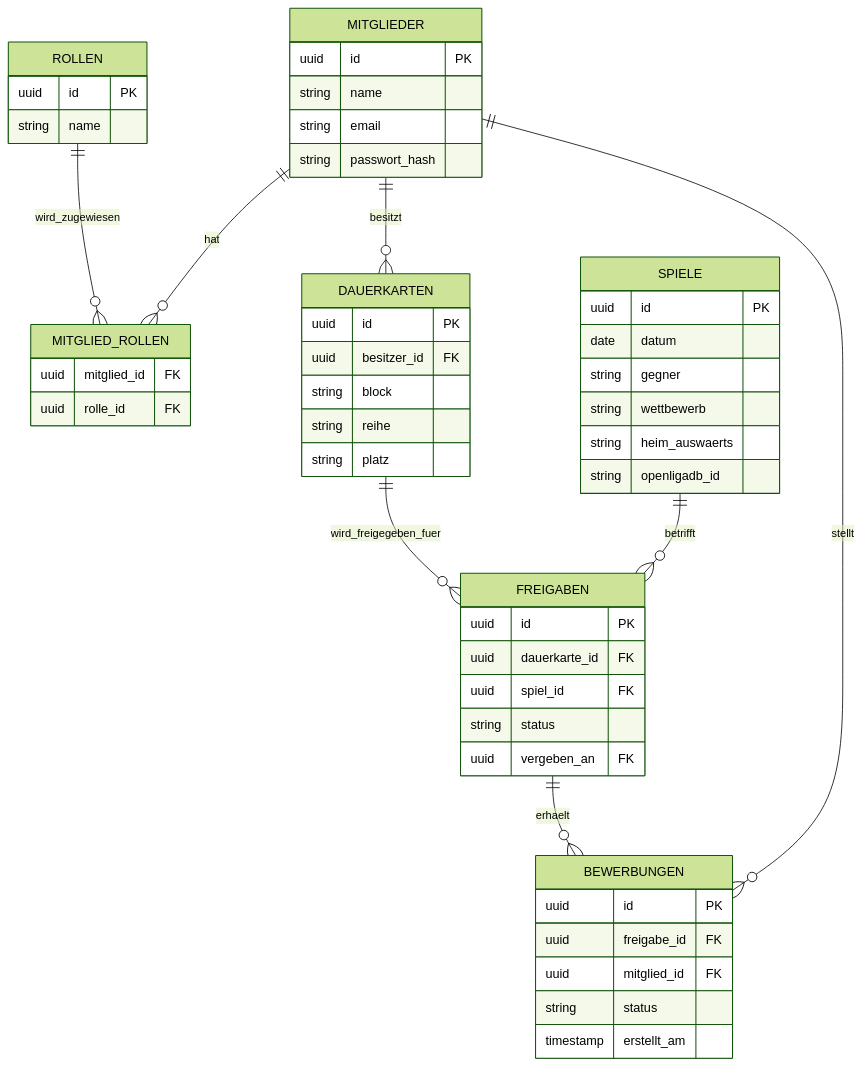
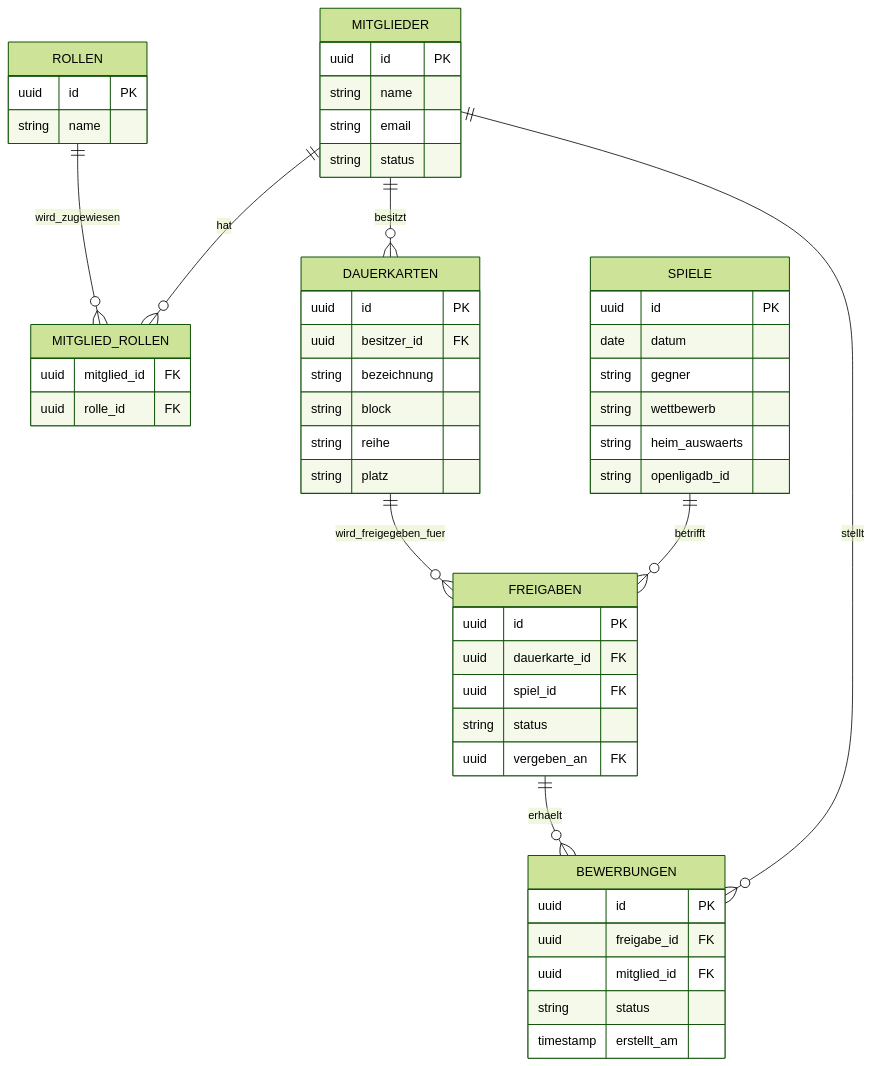
One commit to zeitmann/seefuechse changed the diagram in README.md. Above: the diagram before and after it, drawn with Mermaid (forest theme). The commit also changed other lines of this file, not shown here.

````diff
--- a/README.md
+++ b/README.md
@@ -46,54 +49,55 @@
 ```mermaid
 erDiagram
   MITGLIEDER ||--o{ MITGLIED_ROLLEN : hat
   ROLLEN ||--o{ MITGLIED_ROLLEN : wird_zugewiesen
   MITGLIEDER ||--o{ DAUERKARTEN : besitzt
   DAUERKARTEN ||--o{ FREIGABEN : wird_freigegeben_fuer
   SPIELE ||--o{ FREIGABEN : betrifft
   FREIGABEN ||--o{ BEWERBUNGEN : erhaelt
   MITGLIEDER ||--o{ BEWERBUNGEN : stellt
 
   MITGLIEDER {
     uuid id PK
     string name
     string email
-    string passwort_hash
+    string status
   }
   ROLLEN {
     uuid id PK
     string name
   }
   MITGLIED_ROLLEN {
     uuid mitglied_id FK
     uuid rolle_id FK
   }
   DAUERKARTEN {
     uuid id PK
     uuid besitzer_id FK
+    string bezeichnung
     string block
     string reihe
     string platz
   }
   SPIELE {
     uuid id PK
     date datum
     string gegner
     string wettbewerb
     string heim_auswaerts
     string openligadb_id
   }
   FREIGABEN {
     uuid id PK
     uuid dauerkarte_id FK
     uuid spiel_id FK
     string status
     uuid vergeben_an FK
   }
   BEWERBUNGEN {
     uuid id PK
     uuid freigabe_id FK
     uuid mitglied_id FK
     string status
     timestamp erstellt_am
   }
 ```
````
